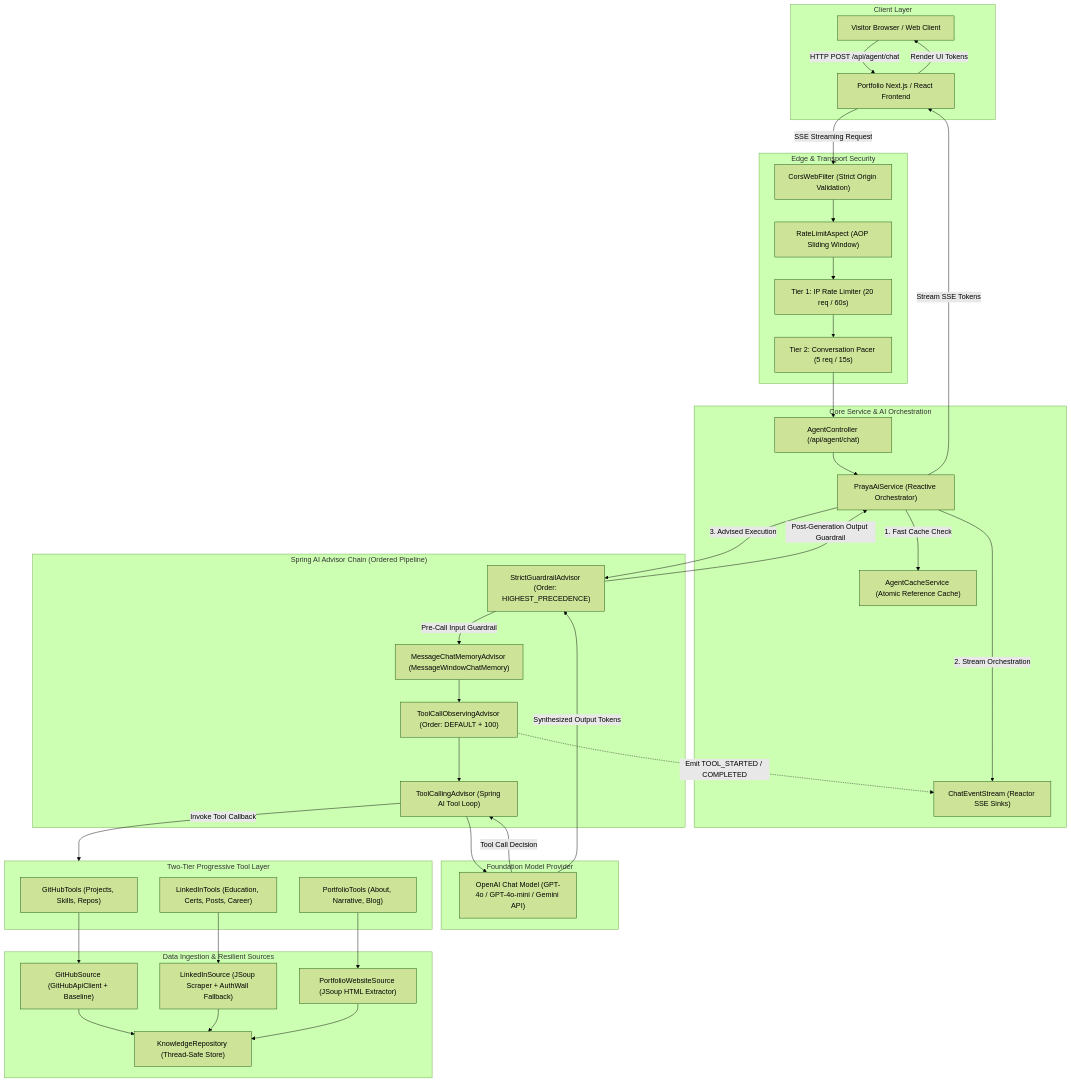
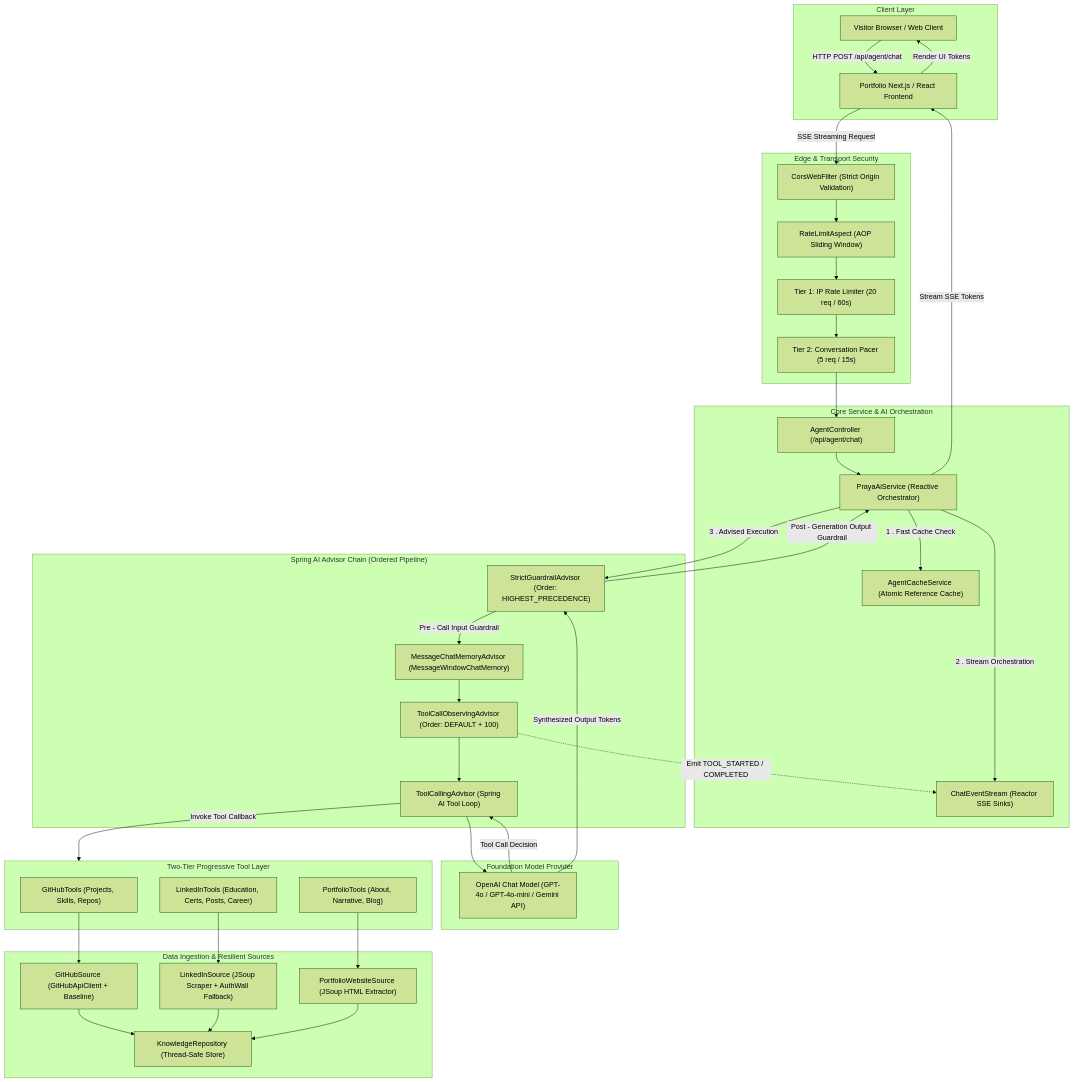
The first of 3 diagrams in docs/HLD.md (pranit-bhangale/praya-ai), drawn with Mermaid (forest theme) before and after one commit. The commit also changed other lines of this file and 22 other files, not shown here.

````diff
--- a/docs/HLD.md
+++ b/docs/HLD.md
@@ -31,76 +31,71 @@
 ```mermaid
 flowchart TD
     subgraph ClientLayer["Client Layer"]
         UserBrowser["Visitor Browser / Web Client"]
         PortfolioFrontend["Portfolio Next.js / React Frontend"]
     end
 
     subgraph EdgeSecurity["Edge & Transport Security"]
         CorsFilter["CorsWebFilter (Strict Origin Validation)"]
         RateLimitAspect["RateLimitAspect (AOP Sliding Window)"]
         IPShield["Tier 1: IP Rate Limiter (20 req / 60s)"]
         ConvoPacer["Tier 2: Conversation Pacer (5 req / 15s)"]
     end
 
     subgraph ServiceCore["Core Service & AI Orchestration"]
         AgentController["AgentController (/api/agent/chat)"]
         PrayaAiService["PrayaAiService (Reactive Orchestrator)"]
         AgentCacheService["AgentCacheService (Atomic Reference Cache)"]
         ChatEventStream["ChatEventStream (Reactor SSE Sinks)"]
     end
 
     subgraph SpringAiAdvisorPipeline["Spring AI Advisor Chain (Ordered Pipeline)"]
         StrictGuardrail["StrictGuardrailAdvisor (Order: HIGHEST_PRECEDENCE)"]
         ChatMemoryAdvisor["MessageChatMemoryAdvisor (MessageWindowChatMemory)"]
         ToolObservingAdvisor["ToolCallObservingAdvisor (Order: DEFAULT + 100)"]
         ToolCallingAdvisor["ToolCallingAdvisor (Spring AI Tool Loop)"]
     end
 
     subgraph LLMModel["Foundation Model Provider"]
         OpenAiClient["OpenAI Chat Model (GPT-4o / GPT-4o-mini / Gemini API)"]
     end
 
     subgraph ToolingCatalog["Two-Tier Progressive Tool Layer"]
         GitHubTools["GitHubTools (Projects, Skills, Repos)"]
         LinkedInTools["LinkedInTools (Education, Certs, Posts, Career)"]
         PortfolioTools["PortfolioTools (About, Narrative, Blog)"]
     end
 
     subgraph DataIngestionLayer["Data Ingestion & Resilient Sources"]
         GitHubSource["GitHubSource (GitHubApiClient + Baseline)"]
         LinkedInSource["LinkedInSource (JSoup Scraper + AuthWall Fallback)"]
         PortfolioSource["PortfolioWebsiteSource (JSoup HTML Extractor)"]
         KnowledgeRepo["KnowledgeRepository (Thread-Safe Store)"]
     end
 
     UserBrowser -->|HTTP POST /api/agent/chat| PortfolioFrontend
     PortfolioFrontend -->|SSE Streaming Request| CorsFilter
     CorsFilter --> RateLimitAspect
     RateLimitAspect --> IPShield
     IPShield --> ConvoPacer
     ConvoPacer --> AgentController
     AgentController --> PrayaAiService
-
-    PrayaAiService -->|1. Fast Cache Check| AgentCacheService
-    PrayaAiService -->|2. Stream Orchestration| ChatEventStream
-    PrayaAiService -->|3. Advised Execution| StrictGuardrail
-
-    StrictGuardrail -->|Pre-Call Input Guardrail| ChatMemoryAdvisor
+    PrayaAiService -->|1 . Fast Cache Check| AgentCacheService
+    PrayaAiService -->|2 . Stream Orchestration| ChatEventStream
+    PrayaAiService -->|3 . Advised Execution| StrictGuardrail
+    StrictGuardrail -->|Pre - Call Input Guardrail| ChatMemoryAdvisor
     ChatMemoryAdvisor --> ToolObservingAdvisor
     ToolObservingAdvisor --> ToolCallingAdvisor
     ToolCallingAdvisor --> OpenAiClient
-
     OpenAiClient -->|Tool Call Decision| ToolCallingAdvisor
     ToolCallingAdvisor -->|Invoke Tool Callback| ToolingCatalog
     ToolObservingAdvisor -.->|Emit TOOL_STARTED / COMPLETED| ChatEventStream
-
     GitHubTools --> GitHubSource
     LinkedInTools --> LinkedInSource
     PortfolioTools --> PortfolioSource
     GitHubSource & LinkedInSource & PortfolioSource --> KnowledgeRepo
-
     OpenAiClient -->|Synthesized Output Tokens| StrictGuardrail
-    StrictGuardrail -->|Post-Generation Output Guardrail| PrayaAiService
+    StrictGuardrail -->|Post - Generation Output Guardrail| PrayaAiService
     PrayaAiService -->|Stream SSE Tokens| PortfolioFrontend
     PortfolioFrontend -->|Render UI Tokens| UserBrowser
 ```
````
